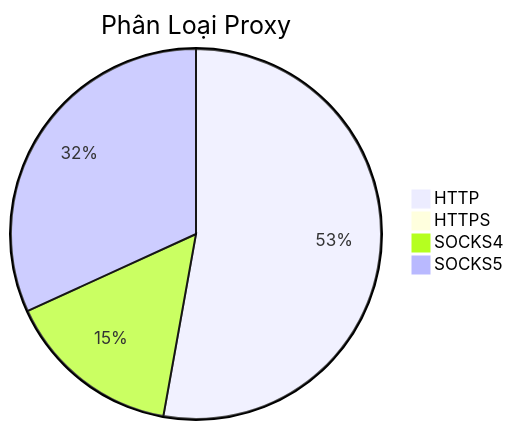
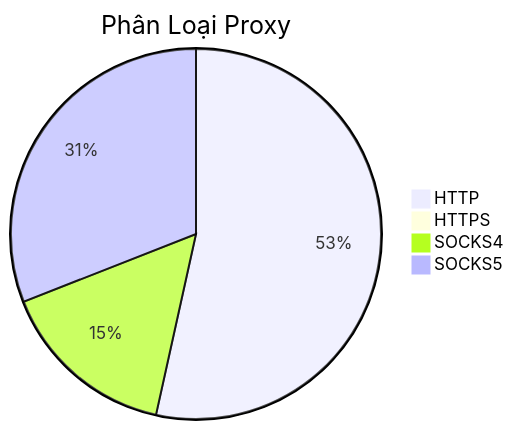
Before and after one commit to Ciara-12/PROXY-free: the diagram in README.md, drawn with Mermaid. The commit also changed other lines of this file and 4 other files, not shown here.

````diff
--- a/README.md
+++ b/README.md
@@ -26,7 +26,7 @@
 ```mermaid
 pie title Phân Loại Proxy
-    "HTTP" : 561
-    "HTTPS" : 2
-    "SOCKS4" : 163
-    "SOCKS5" : 338
+    "HTTP" : 563
+    "HTTPS" : 6
+    "SOCKS4" : 164
+    "SOCKS5" : 326
 ```
````
